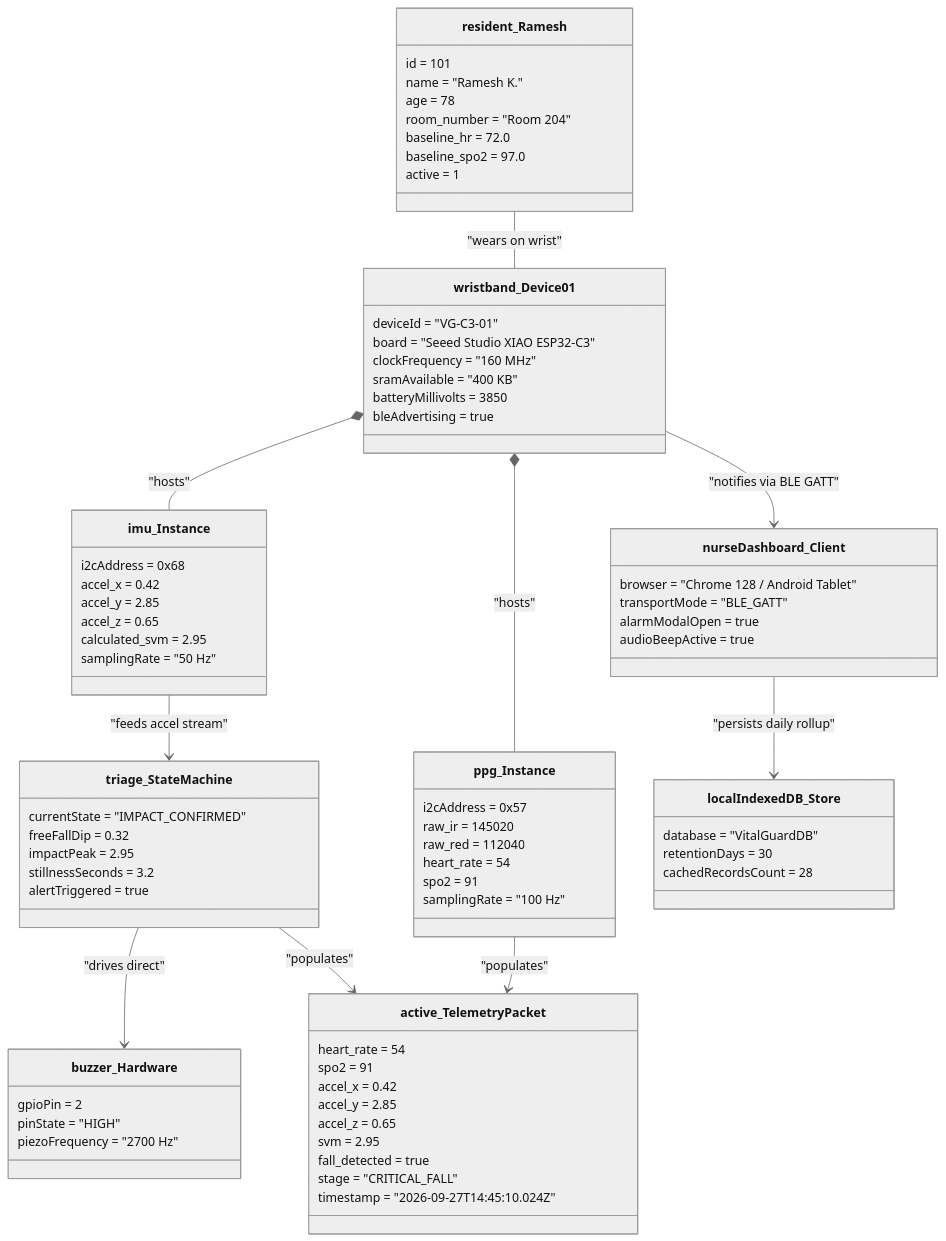
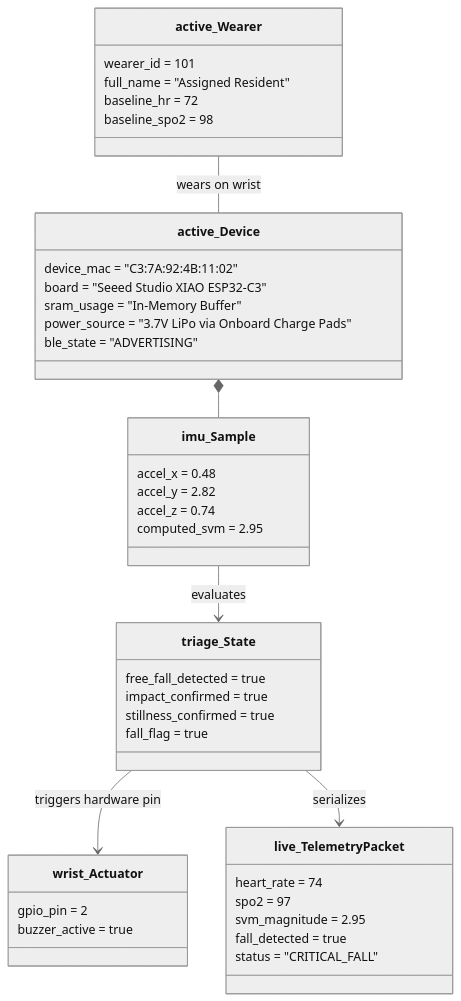
Before and after one commit to Aditya1kumbhar/vitalguard-c3: the second of 10 diagrams in UML_ARCHITECTURE_BLUEPRINTS.md, drawn with Mermaid (neutral theme). The commit also changed other lines of this file and 1 other file, not shown here.

Commit message:
docs: sync complete system architecture with Chen ER notation, DFD, and Flowchart

````diff
--- a/UML_ARCHITECTURE_BLUEPRINTS.md
+++ b/UML_ARCHITECTURE_BLUEPRINTS.md
@@ -265,90 +136,50 @@
 ```mermaid
 classDiagram
-    %% Object Instances
-    class resident_Ramesh {
-        id = 101
-        name = "Ramesh K."
-        age = 78
-        room_number = "Room 204"
-        baseline_hr = 72.0
-        baseline_spo2 = 97.0
-        active = 1
+    class active_Wearer {
+        wearer_id = 101
+        full_name = "Assigned Resident"
+        baseline_hr = 72
+        baseline_spo2 = 98
     }
 
-    class wristband_Device01 {
-        deviceId = "VG-C3-01"
+    class active_Device {
+        device_mac = "C3:7A:92:4B:11:02"
         board = "Seeed Studio XIAO ESP32-C3"
-        clockFrequency = "160 MHz"
-        sramAvailable = "400 KB"
-        batteryMillivolts = 3850
-        bleAdvertising = true
+        sram_usage = "In-Memory Buffer"
+        power_source = "3.7V LiPo via Onboard Charge Pads"
+        ble_state = "ADVERTISING"
     }
 
-    class imu_Instance {
-        i2cAddress = 0x68
-        accel_x = 0.42
-        accel_y = 2.85
-        accel_z = 0.65
-        calculated_svm = 2.95
-        samplingRate = "50 Hz"
+    class imu_Sample {
+        accel_x = 0.48
+        accel_y = 2.82
+        accel_z = 0.74
+        computed_svm = 2.95
     }
 
-    class ppg_Instance {
-        i2cAddress = 0x57
-        raw_ir = 145020
-        raw_red = 112040
-        heart_rate = 54
-        spo2 = 91
-        samplingRate = "100 Hz"
+    class triage_State {
+        free_fall_detected = true
+        impact_confirmed = true
+        stillness_confirmed = true
+        fall_flag = true
     }
 
-    class triage_StateMachine {
-        currentState = "IMPACT_CONFIRMED"
-        freeFallDip = 0.32
-        impactPeak = 2.95
-        stillnessSeconds = 3.2
-        alertTriggered = true
+    class wrist_Actuator {
+        gpio_pin = 2
+        buzzer_active = true
     }
 
-    class buzzer_Hardware {
-        gpioPin = 2
-        pinState = "HIGH"
-        piezoFrequency = "2700 Hz"
+    class live_TelemetryPacket {
+        heart_rate = 74
+        spo2 = 97
+        svm_magnitude = 2.95
+        fall_detected = true
+        status = "CRITICAL_FALL"
     }
 
-    class active_TelemetryPacket {
-        heart_rate = 54
-        spo2 = 91
-        accel_x = 0.42
-        accel_y = 2.85
-        accel_z = 0.65
-        svm = 2.95
-        fall_detected = true
-        stage = "CRITICAL_FALL"
-        timestamp = "2026-09-27T14:45:10.024Z"
-    }
-
-    class nurseDashboard_Client {
-        browser = "Chrome 128 / Android Tablet"
-        transportMode = "BLE_GATT"
-        alarmModalOpen = true
-        audioBeepActive = true
-    }
-
-    class localIndexedDB_Store {
-        database = "VitalGuardDB"
-        retentionDays = 30
-        cachedRecordsCount = 28
-    }
-
-    %% Instance Links
-    resident_Ramesh -- wristband_Device01 : "wears on wrist"
-    wristband_Device01 *-- imu_Instance : "hosts"
-    wristband_Device01 *-- ppg_Instance : "hosts"
-    imu_Instance --> triage_StateMachine : "feeds accel stream"
-    triage_StateMachine --> buzzer_Hardware : "drives direct"
-    triage_StateMachine --> active_TelemetryPacket : "populates"
-    ppg_Instance --> active_TelemetryPacket : "populates"
-    wristband_Device01 --> nurseDashboard_Client : "notifies via BLE GATT"
-    nurseDashboard_Client --> localIndexedDB_Store : "persists daily rollup"
+    active_Wearer -- active_Device : wears on wrist
+    active_Device *-- imu_Sample
+    imu_Sample --> triage_State : evaluates
+    triage_State --> wrist_Actuator : triggers hardware pin
+    triage_State --> live_TelemetryPacket : serializes
 ```
````
